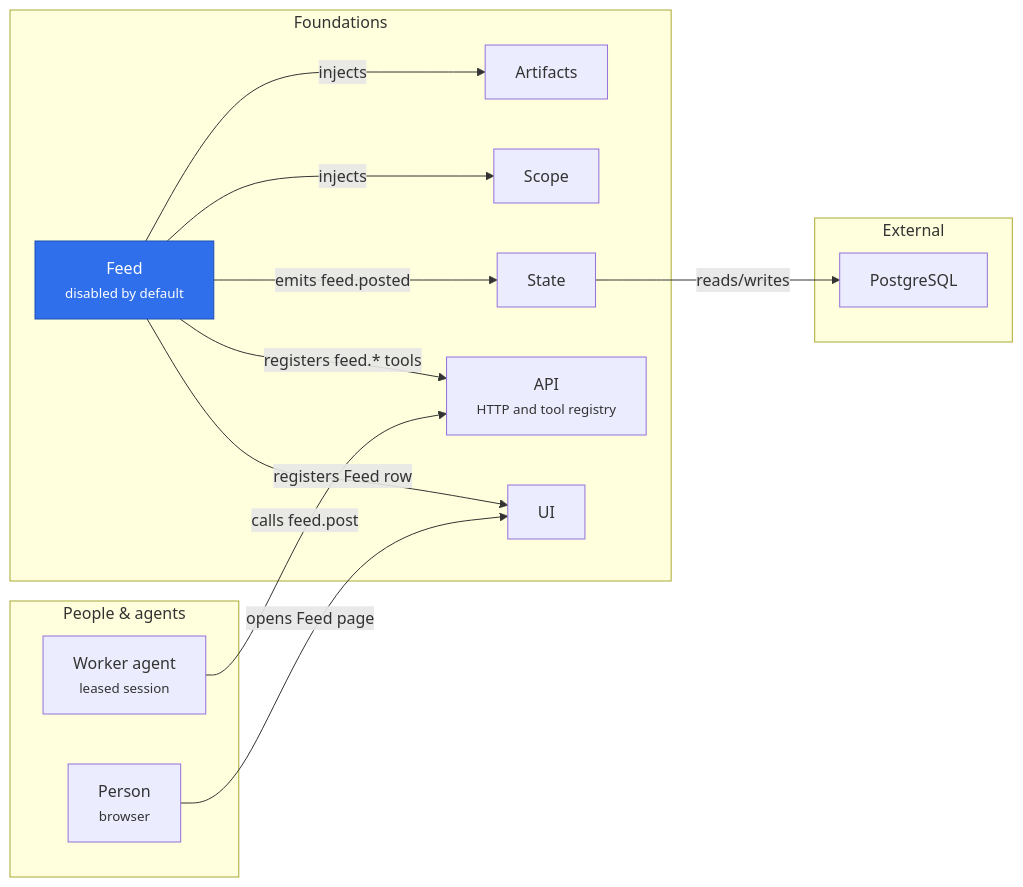
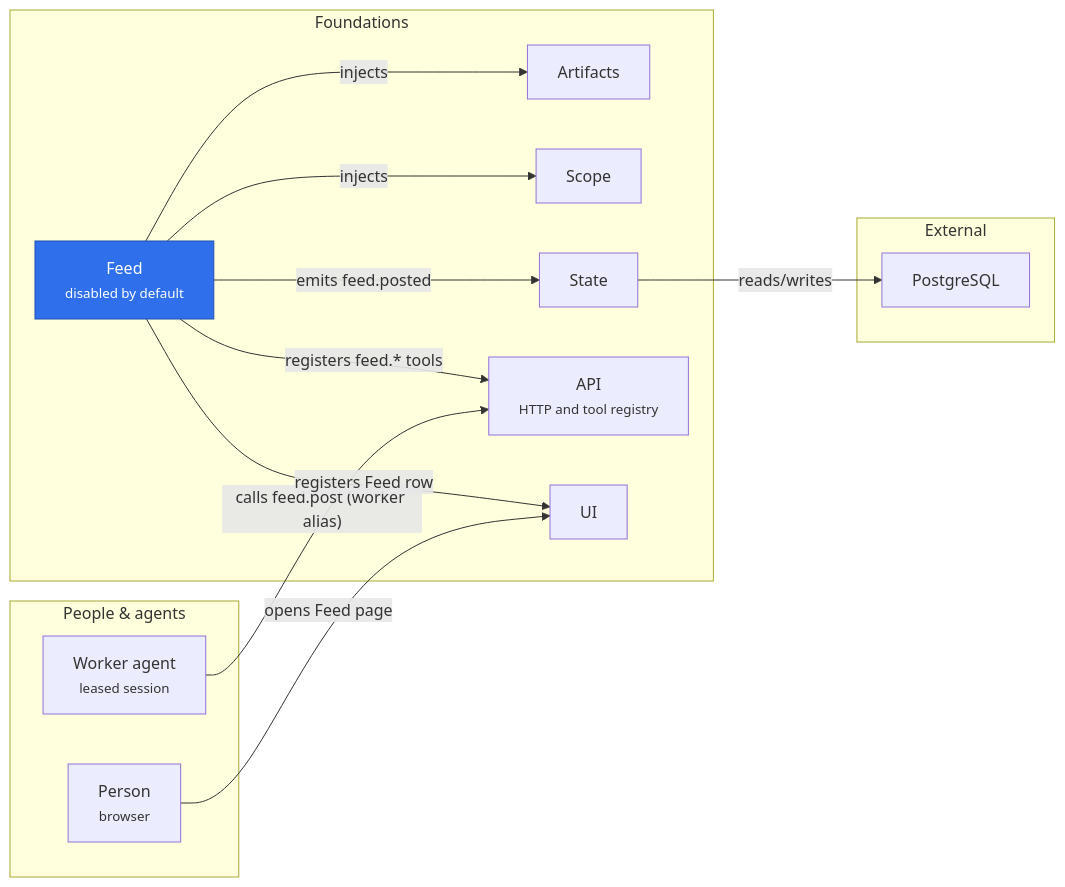
The diagram in merv-typescript/packages/feed/README.md (rapidreview-io/Merv), drawn with Mermaid before and after one commit. The commit also changed other lines of this file and 40 other files, not shown here.

````diff
--- a/merv-typescript/packages/feed/README.md
+++ b/merv-typescript/packages/feed/README.md
@@ -7,28 +11,28 @@
 ```mermaid
 flowchart LR
   subgraph people["People & agents"]
     person["Person<br/><small>browser</small>"]
     worker["Worker agent<br/><small>leased session</small>"]
   end
   subgraph foundations["Foundations"]
     feed["Feed<br/><small>disabled by default</small>"]
     artifacts[Artifacts]
     scope[Scope]
     state[State]
     api["API<br/><small>HTTP and tool registry</small>"]
     ui[UI]
   end
   subgraph external["External"]
     postgres[PostgreSQL]
   end
   person -- "opens Feed page" --> ui
-  worker -- "calls feed.post" --> api
+  worker -- "calls feed.post (worker alias)" --> api
   feed -- "registers feed.* tools" --> api
   feed -- "registers Feed row" --> ui
   feed -- "injects" --> artifacts
   feed -- "injects" --> scope
   feed -- "emits feed.posted" --> state
   state -- "reads/writes" --> postgres
   classDef self fill:#2f6feb,color:#fff,stroke:#1f4fb0
   class feed self
 ```
````
